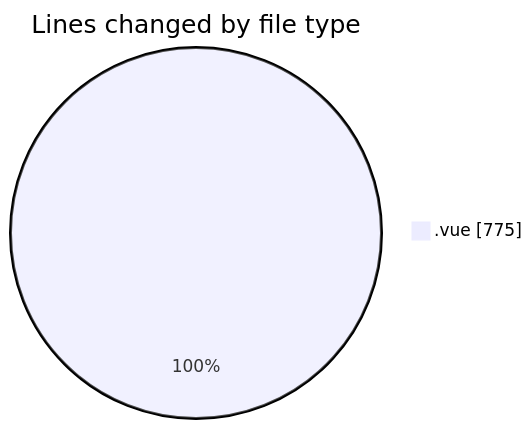
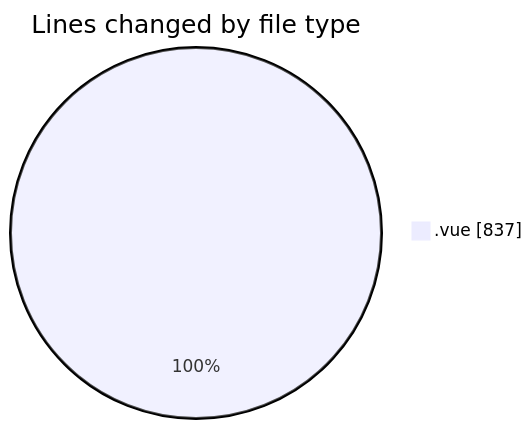
Before and after one commit to lephambinh05/code-tracking: the first of 2 diagrams in 2025-08-14/rentotp/README.md, drawn with Mermaid. The commit also changed other lines of this file and 1 other file, not shown here.

````diff
--- a/2025-08-14/rentotp/README.md
+++ b/2025-08-14/rentotp/README.md
@@ -20,5 +20,5 @@
 ```mermaid
 pie showData
 title Lines changed by file type
-".vue" : 775
+".vue" : 837
 ```
````
